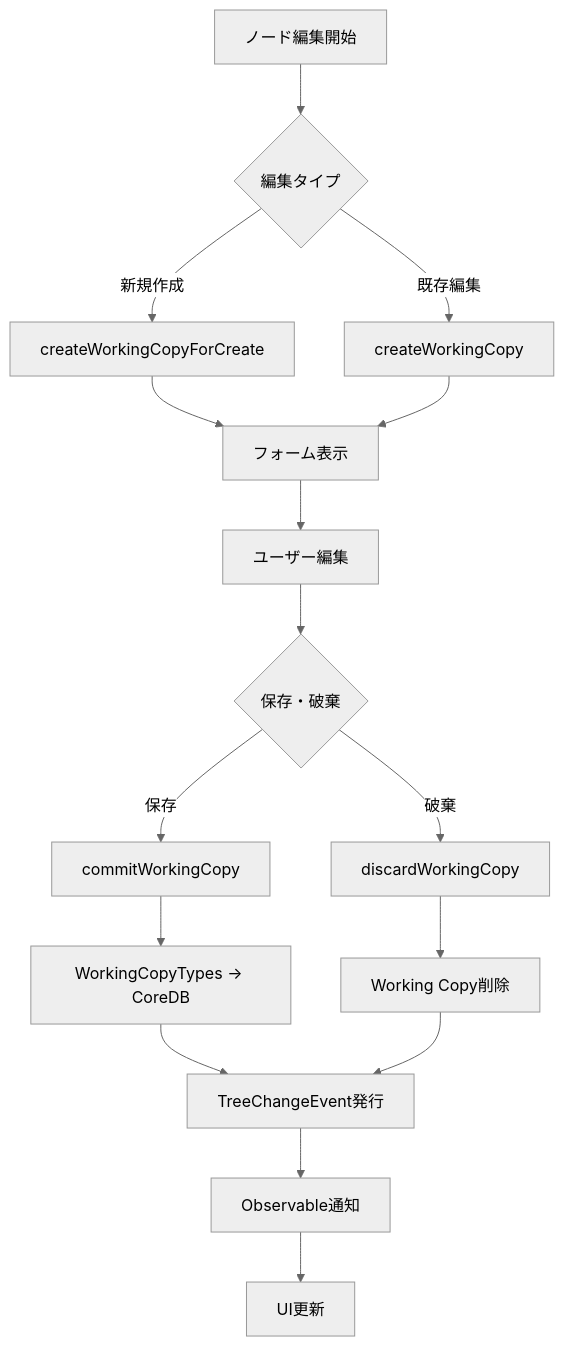
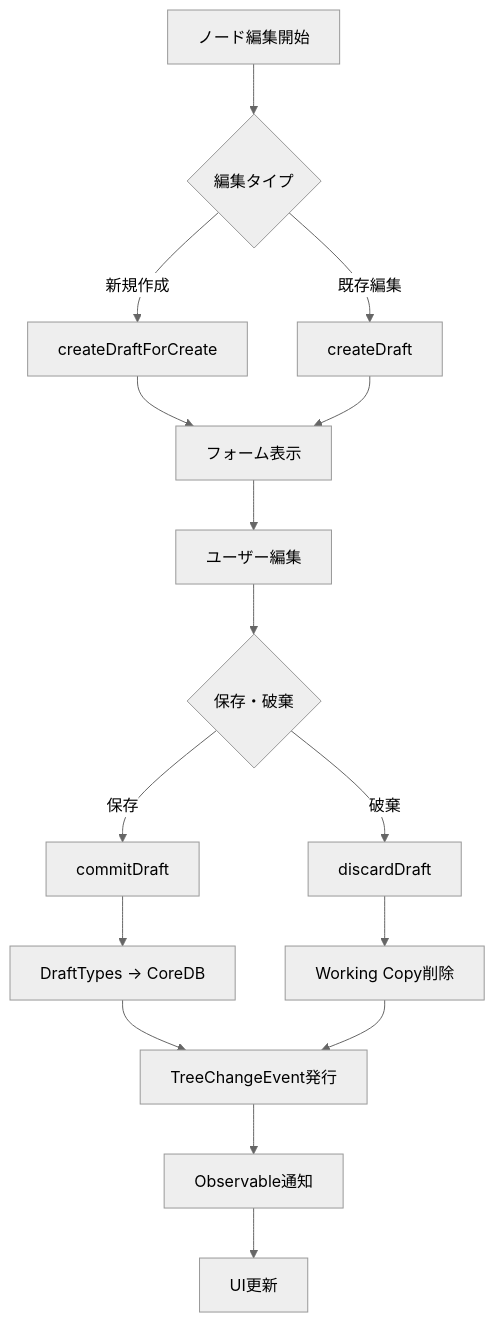
The sixth of 8 diagrams in docs/deprecated/REPORT/design/treeconsole-migration/dataflow.md (kubohiroya/hierarchidb), drawn with Mermaid (neutral theme) before and after one commit. The commit also changed other lines of this file and 796 other files, not shown here.

````diff
--- a/docs/deprecated/REPORT/design/treeconsole-migration/dataflow.md
+++ b/docs/deprecated/REPORT/design/treeconsole-migration/dataflow.md
@@ -146,24 +146,24 @@
 ```mermaid
 flowchart TD
     A[ノード編集開始] --> B{編集タイプ}
     
-    B -->|新規作成| C[createWorkingCopyForCreate]
-    B -->|既存編集| D[createWorkingCopy]
+    B -->|新規作成| C[createDraftForCreate]
+    B -->|既存編集| D[createDraft]
     
     C --> E[フォーム表示]
     D --> E
     
     E --> F[ユーザー編集]
     F --> G{保存・破棄}
     
-    G -->|保存| H[commitWorkingCopy]
-    G -->|破棄| I[discardWorkingCopy]
+    G -->|保存| H[commitDraft]
+    G -->|破棄| I[discardDraft]
     
-    H --> J[WorkingCopyTypes → CoreDB]
+    H --> J[DraftTypes → CoreDB]
     I --> K[Working Copy削除]
     
     J --> L[TreeChangeEvent発行]
     K --> L
     L --> M[Observable通知]
     M --> N[UI更新]
 ```
````
